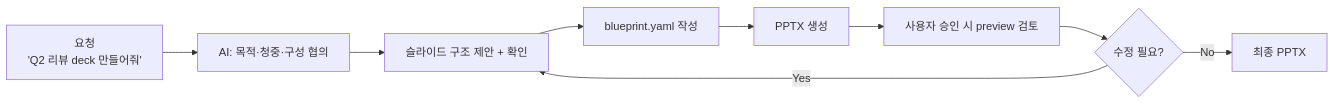
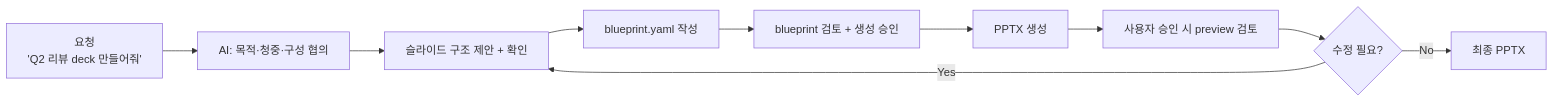
The diagram in README.md (kyungseo/ai-deck-compiler), drawn with Mermaid before and after one commit. The commit also changed other lines of this file and 23 other files, not shown here.

````diff
--- a/README.md
+++ b/README.md
@@ -140,11 +140,12 @@
 ```mermaid
 flowchart LR
   A["요청\n'Q2 리뷰 deck 만들어줘'"] --> B["AI: 목적·청중·구성 협의"]
   B --> C["슬라이드 구조 제안 + 확인"]
   C --> D["blueprint.yaml 작성"]
-  D --> E["PPTX 생성"]
-  E --> F["사용자 승인 시 preview 검토"]
-  F --> G{"수정 필요?"}
-  G -->|Yes| C
-  G -->|No| H["최종 PPTX"]
+  D --> E["blueprint 검토 + 생성 승인"]
+  E --> F["PPTX 생성"]
+  F --> G["사용자 승인 시 preview 검토"]
+  G --> H{"수정 필요?"}
+  H -->|Yes| C
+  H -->|No| I["최종 PPTX"]
 ```
````
